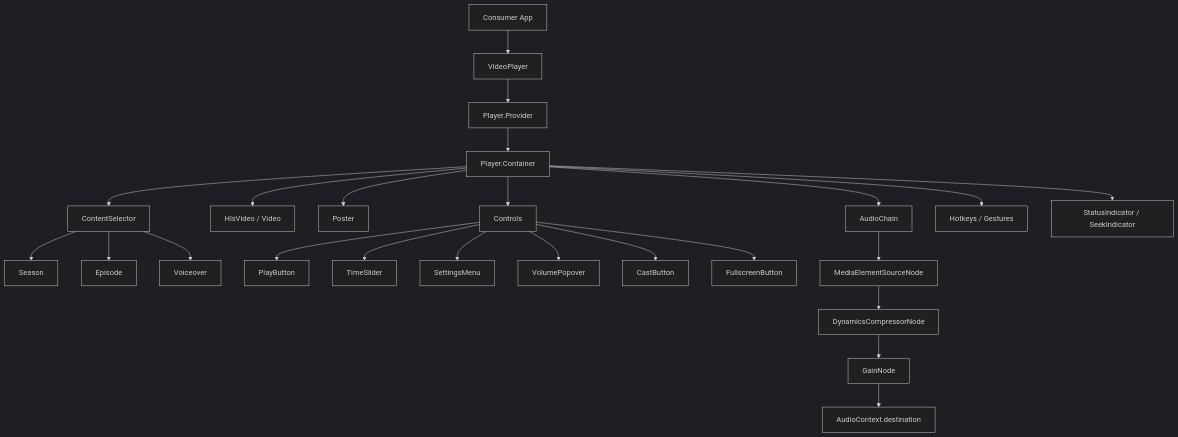
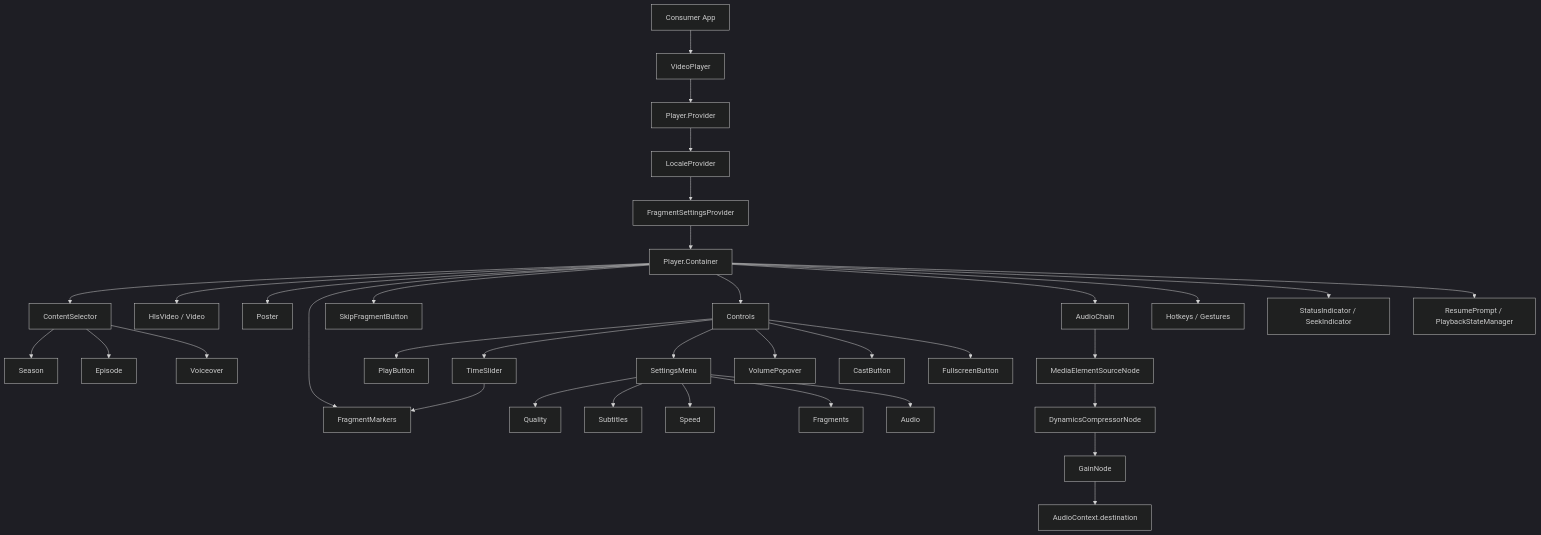
One commit to evadepw/evade-player changed the diagram in README.md. Above: the diagram before and after it, drawn with Mermaid (dark theme). The commit also changed other lines of this file and 9 other files, not shown here.

````diff
--- a/README.md
+++ b/README.md
@@ -272,26 +474,37 @@
 ```mermaid
 flowchart TD
     A[Consumer App] --> B[VideoPlayer]
     B --> C[Player.Provider]
-    C --> D[Player.Container]
+    C --> L[LocaleProvider]
+    L --> FS[FragmentSettingsProvider]
+    FS --> D[Player.Container]
     D --> C1[ContentSelector]
     C1 --> C1A[Season]
     C1 --> C1B[Episode]
     C1 --> C1C[Voiceover]
     D --> E[HlsVideo / Video]
     D --> F[Poster]
+    D --> FR[FragmentMarkers]
+    D --> SB[SkipFragmentButton]
     D --> G[Controls]
     G --> H[PlayButton]
     G --> I[TimeSlider]
+    I --> FR
     G --> J[SettingsMenu]
+    J --> J1[Quality]
+    J --> J2[Subtitles]
+    J --> J3[Speed]
+    J --> J4[Fragments]
+    J --> J5[Audio]
     G --> K[VolumePopover]
-    G --> L[CastButton]
+    G --> L2[CastButton]
     G --> M[FullscreenButton]
     D --> N[AudioChain]
     N --> O[MediaElementSourceNode]
     O --> P[DynamicsCompressorNode]
     P --> Q[GainNode]
     Q --> R[AudioContext.destination]
     D --> S[Hotkeys / Gestures]
     D --> T[StatusIndicator / SeekIndicator]
+    D --> RP[ResumePrompt / PlaybackStateManager]
 ```
````
